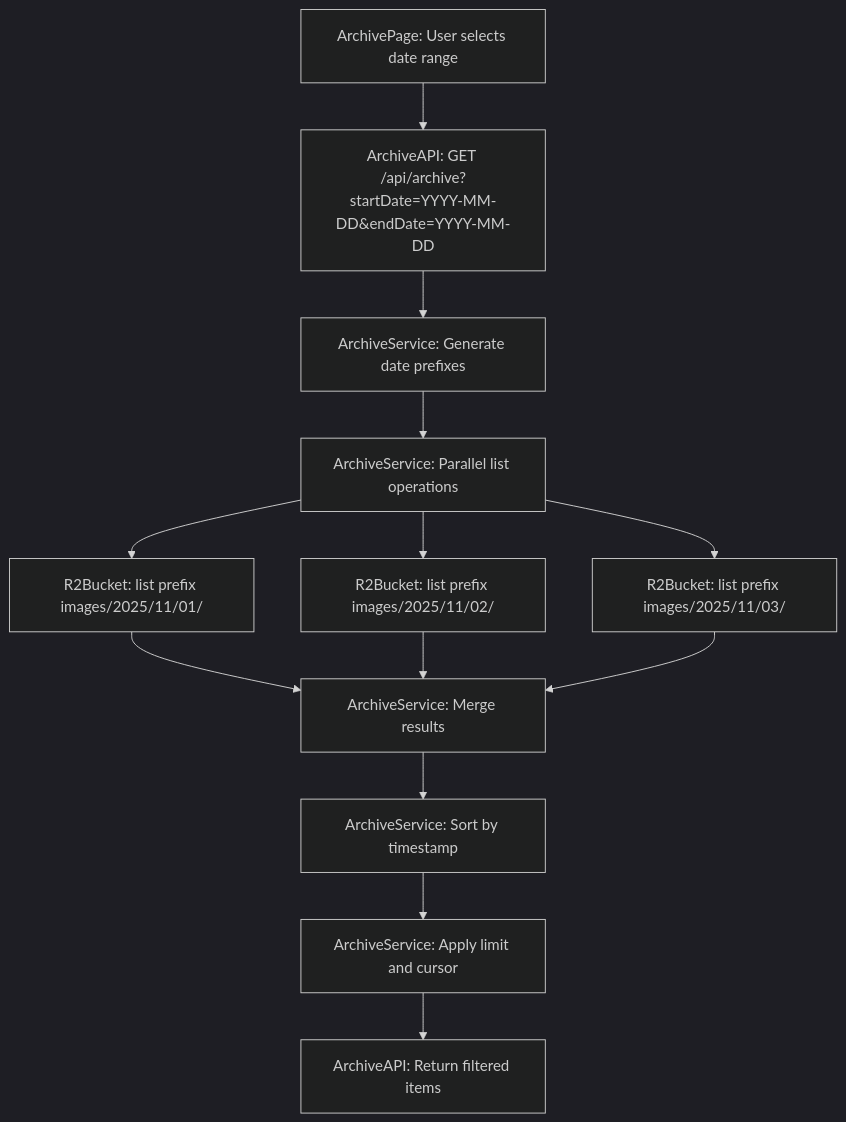
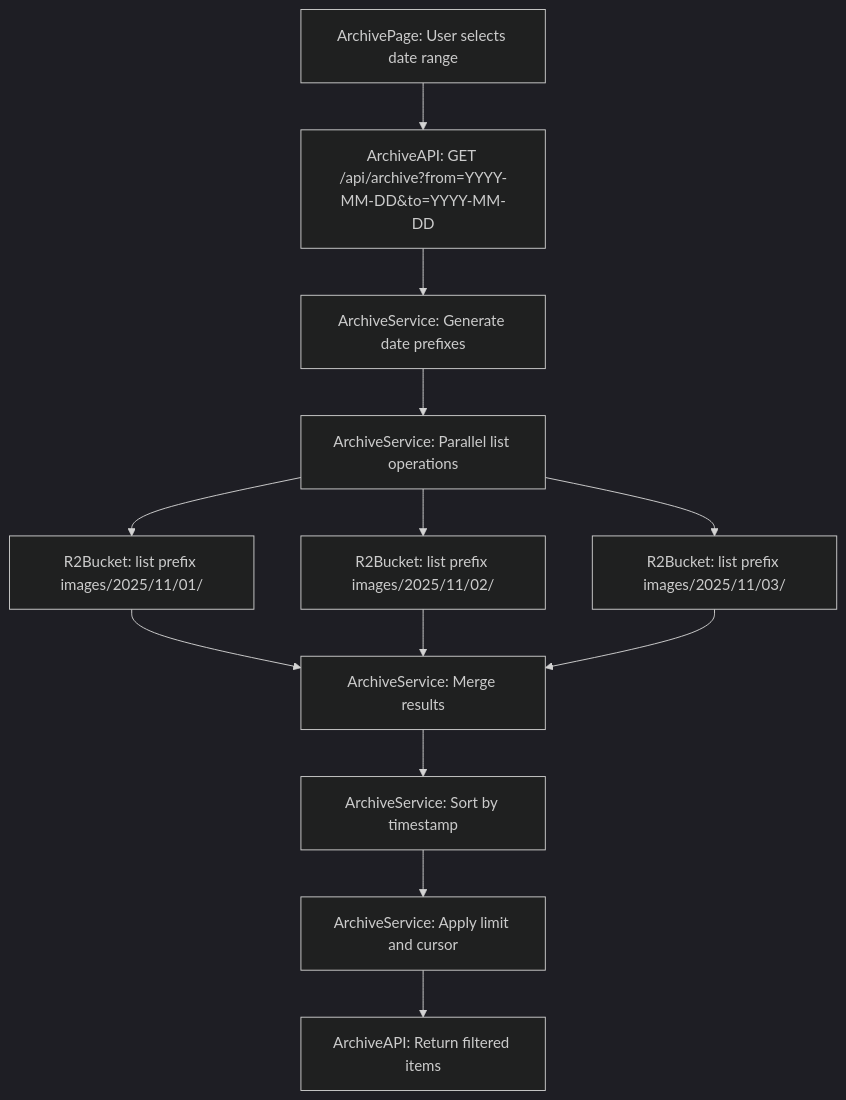
One commit to doom-protocol/doom-index changed the fourth of 6 diagrams in .kiro/specs/archive-page/design.md. Above: the diagram before and after it, drawn with Mermaid (dark theme). The commit also changed other lines of this file and 10 other files, not shown here.

First line of the commit message:
refactor: Update date parameter names in Archive API and related components

````diff
--- a/.kiro/specs/archive-page/design.md
+++ b/.kiro/specs/archive-page/design.md
@@ -175,15 +175,15 @@
 ```mermaid
 flowchart TD
-    A[ArchivePage: User selects date range] --> B[ArchiveAPI: GET /api/archive?startDate=YYYY-MM-DD&endDate=YYYY-MM-DD]
+    A[ArchivePage: User selects date range] --> B[ArchiveAPI: GET /api/archive?from=YYYY-MM-DD&to=YYYY-MM-DD]
     B --> C[ArchiveService: Generate date prefixes]
     C --> D[ArchiveService: Parallel list operations]
     D --> E[R2Bucket: list prefix images/2025/11/01/]
     D --> F[R2Bucket: list prefix images/2025/11/02/]
     D --> G[R2Bucket: list prefix images/2025/11/03/]
     E --> H[ArchiveService: Merge results]
     F --> H
     G --> H
     H --> I[ArchiveService: Sort by timestamp]
     I --> J[ArchiveService: Apply limit and cursor]
     J --> K[ArchiveAPI: Return filtered items]
 ```
````
